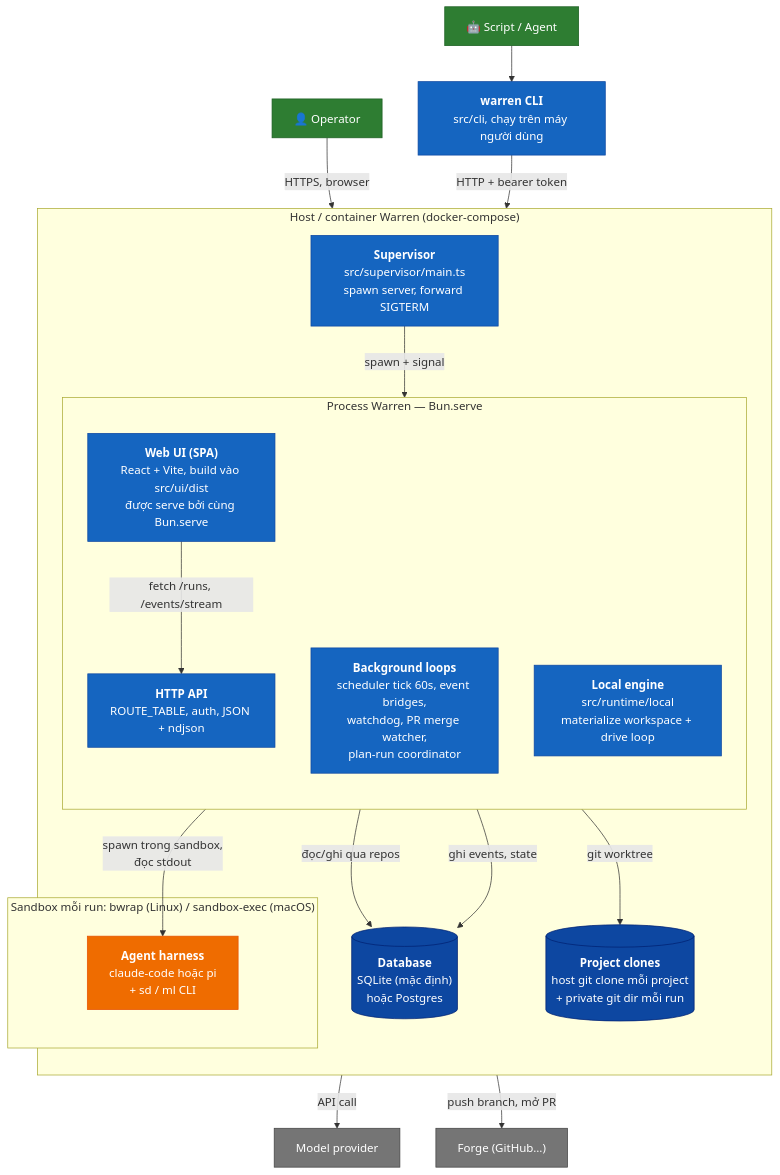
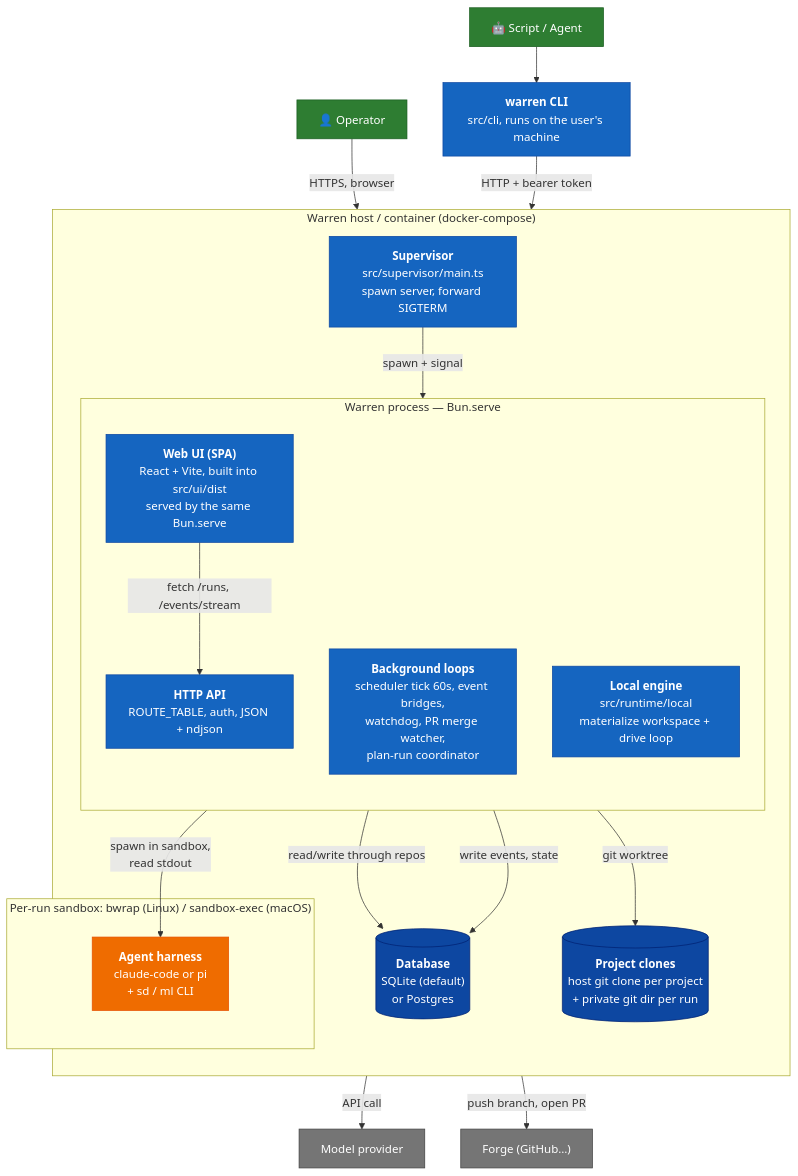
The second of 12 diagrams in docs/design/architecture-overview.md (namphuongtran/warren), drawn with Mermaid before and after one commit. The commit also changed other lines of this file and 4 other files, not shown here.

````diff
--- a/docs/design/architecture-overview.md
+++ b/docs/design/architecture-overview.md
@@ -76,52 +76,52 @@
 ```mermaid
 flowchart TB
     operator["👤 Operator"]
     cliuser["🤖 Script / Agent"]
 
-    subgraph host["Host / container Warren (docker-compose)"]
+    subgraph host["Warren host / container (docker-compose)"]
         direction TB
         sup["<b>Supervisor</b><br/>src/supervisor/main.ts<br/>spawn server, forward SIGTERM"]
 
-        subgraph proc["Process Warren — Bun.serve"]
+        subgraph proc["Warren process — Bun.serve"]
             direction TB
             api["<b>HTTP API</b><br/>ROUTE_TABLE, auth, JSON + ndjson"]
-            spa["<b>Web UI (SPA)</b><br/>React + Vite, build vào src/ui/dist<br/>được serve bởi cùng Bun.serve"]
+            spa["<b>Web UI (SPA)</b><br/>React + Vite, built into src/ui/dist<br/>served by the same Bun.serve"]
             bg["<b>Background loops</b><br/>scheduler tick 60s, event bridges,<br/>watchdog, PR merge watcher,<br/>plan-run coordinator"]
             engine["<b>Local engine</b><br/>src/runtime/local<br/>materialize workspace + drive loop"]
         end
 
-        db[("<b>Database</b><br/>SQLite (mặc định)<br/>hoặc Postgres")]
-        clones[("<b>Project clones</b><br/>host git clone mỗi project<br/>+ private git dir mỗi run")]
+        db[("<b>Database</b><br/>SQLite (default)<br/>or Postgres")]
+        clones[("<b>Project clones</b><br/>host git clone per project<br/>+ private git dir per run")]
 
-        subgraph sbx["Sandbox mỗi run: bwrap (Linux) / sandbox-exec (macOS)"]
-            harness["<b>Agent harness</b><br/>claude-code hoặc pi<br/>+ sd / ml CLI"]
+        subgraph sbx["Per-run sandbox: bwrap (Linux) / sandbox-exec (macOS)"]
+            harness["<b>Agent harness</b><br/>claude-code or pi<br/>+ sd / ml CLI"]
         end
     end
 
-    cli["<b>warren CLI</b><br/>src/cli, chạy trên máy người dùng"]
+    cli["<b>warren CLI</b><br/>src/cli, runs on the user's machine"]
     forge["Forge (GitHub…)"]
     llm["Model provider"]
 
     operator -- "HTTPS, browser" --> spa
     spa -- "fetch /runs, /events/stream" --> api
     cliuser --> cli
     cli -- "HTTP + bearer token" --> api
     sup -- "spawn + signal" --> proc
-    api -- "đọc/ghi qua repos" --> db
-    bg -- "ghi events, state" --> db
+    api -- "read/write through repos" --> db
+    bg -- "write events, state" --> db
     engine -- "git worktree" --> clones
-    engine -- "spawn trong sandbox,<br/>đọc stdout" --> harness
+    engine -- "spawn in sandbox,<br/>read stdout" --> harness
     harness -- "API call" --> llm
-    bg -- "push branch, mở PR" --> forge
+    bg -- "push branch, open PR" --> forge
 
     classDef person fill:#2e7d32,stroke:#1b5e20,color:#fff
     classDef container fill:#1565c0,stroke:#0d47a1,color:#fff
     classDef store fill:#0d47a1,stroke:#002171,color:#fff
     classDef sandbox fill:#ef6c00,stroke:#e65100,color:#fff
     classDef external fill:#757575,stroke:#424242,color:#fff
     class operator,cliuser person
     class sup,api,spa,bg,engine,cli container
     class db,clones store
     class harness sandbox
     class forge,llm external
 ```
````
